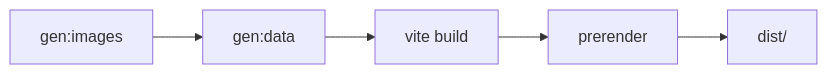
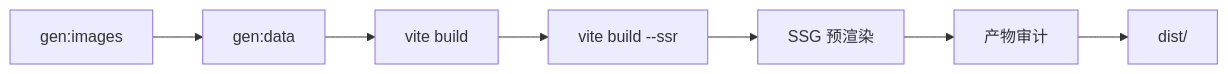
One commit to ououduck/D-blog changed the diagram in README.md. Above: the diagram before and after it, drawn with Mermaid. The commit also changed other lines of this file and 37 other files, not shown here.

````diff
--- a/README.md
+++ b/README.md
@@ -146,7 +116,9 @@
 ```mermaid
 graph LR
   A[gen:images] --> B[gen:data]
   B --> C[vite build]
-  C --> D[prerender]
-  D --> E[dist/]
+  C --> D[vite build --ssr]
+  D --> E[SSG 预渲染]
+  E --> F[产物审计]
+  F --> G[dist/]
 ```
````
